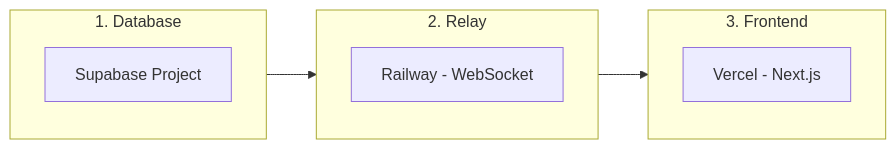
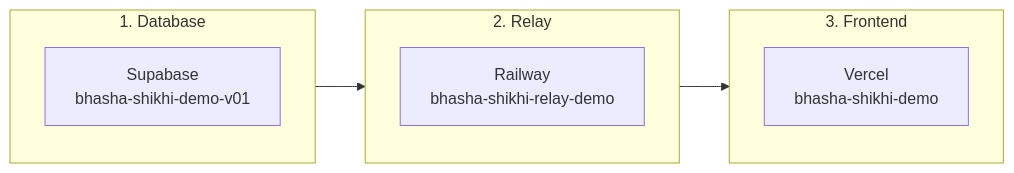
Before and after one commit to cognidrift-web-apps/bhasha-shikhi: the diagram in docs/deployment.md, drawn with Mermaid. The commit also changed other lines of this file and 2 other files, not shown here.

````diff
--- a/docs/deployment.md
+++ b/docs/deployment.md
@@ -7,14 +23,14 @@
 ```mermaid
 graph LR
     subgraph Step1["1. Database"]
-        SUPA[Supabase Project]
+        SUPA[Supabase<br/>bhasha-shikhi-demo-v01]
     end
     subgraph Step2["2. Relay"]
-        RAIL[Railway - WebSocket]
+        RAIL[Railway<br/>bhasha-shikhi-relay-demo]
     end
     subgraph Step3["3. Frontend"]
-        VERC[Vercel - Next.js]
+        VERC[Vercel<br/>bhasha-shikhi-demo]
     end
 
     Step1 --> Step2 --> Step3
 ```
````
